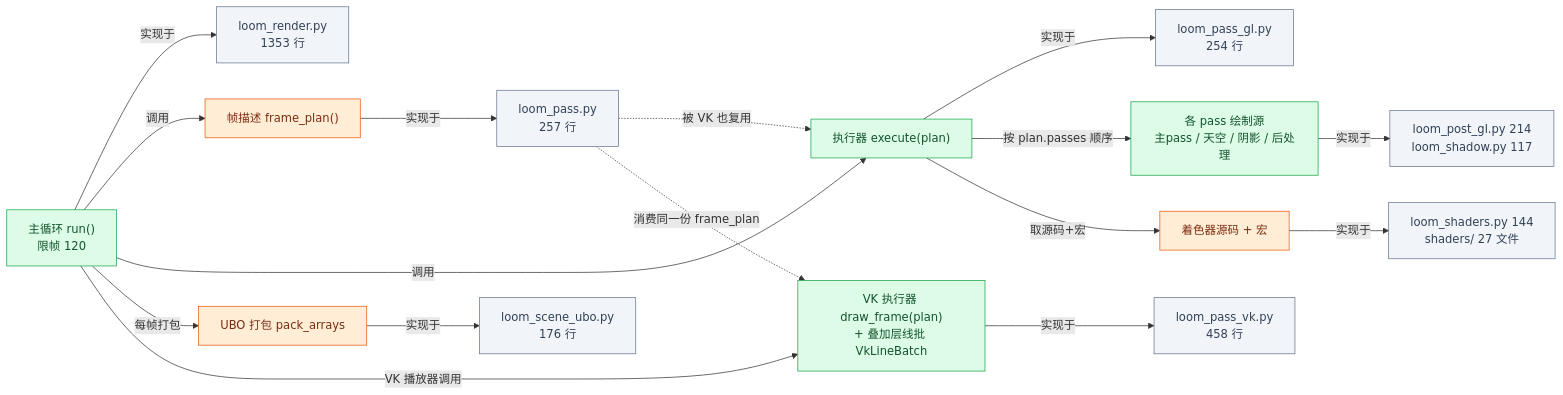
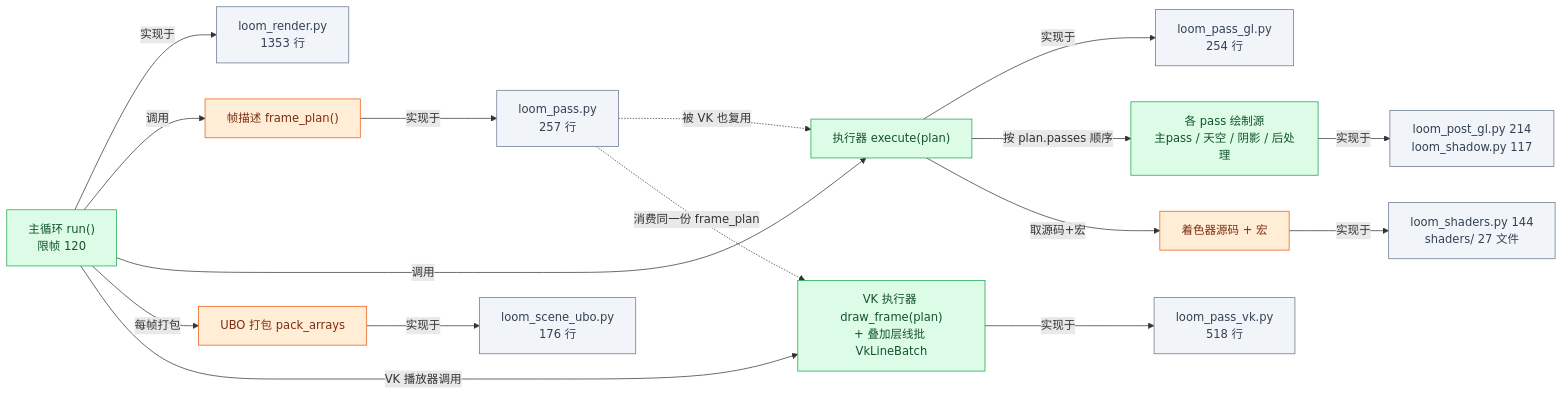
The fourth of 23 diagrams in ARCHITECTURE.md (lhy302/WeaveEngine), drawn with Mermaid before and after one commit. The commit also changed other lines of this file and 9 other files, not shown here.

````diff
--- a/ARCHITECTURE.md
+++ b/ARCHITECTURE.md
@@ -212,35 +212,35 @@
 ```mermaid
 flowchart LR
   R1["主循环 run()<br/>限帧 120"]:::impl
   F1["loom_render.py<br/>1353 行"]:::file
   R2["帧描述 frame_plan()"]:::contract
   F2["loom_pass.py<br/>257 行"]:::file
   R3["执行器 execute(plan)"]:::impl
   F3["loom_pass_gl.py<br/>254 行"]:::file
   R3b["VK 执行器 draw_frame(plan)<br/>+ 叠加层线批 VkLineBatch"]:::impl
-  F3b["loom_pass_vk.py<br/>458 行"]:::file
+  F3b["loom_pass_vk.py<br/>518 行"]:::file
   R4["各 pass 绘制源<br/>主pass / 天空 / 阴影 / 后处理"]:::impl
   F4["loom_post_gl.py 214<br/>loom_shadow.py 117"]:::file
   R5["UBO 打包 pack_arrays"]:::contract
   F5["loom_scene_ubo.py<br/>176 行"]:::file
   R6["着色器源码 + 宏"]:::contract
   F6["loom_shaders.py 144<br/>shaders/ 27 文件"]:::file
   R1 -->|实现于| F1
   R1 -->|调用| R2
   R2 -->|实现于| F2
   R1 -->|调用| R3
   R3 -->|实现于| F3
   R3 -->|按 plan.passes 顺序| R4
   R4 -->|实现于| F4
   R1 -->|每帧打包| R5
   R5 -->|实现于| F5
   R3 -->|取源码+宏| R6
   R6 -->|实现于| F6
   F2 -.->|被 VK 也复用| R3
   R1 -->|VK 播放器调用| R3b
   R3b -->|实现于| F3b
   F2 -.->|消费同一份 frame_plan| R3b
   classDef impl fill:#dcfce7,stroke:#16a34a,color:#14532d
   classDef contract fill:#ffedd5,stroke:#ea580c,color:#7c2d12
   classDef file fill:#f1f5f9,stroke:#64748b,color:#334155
 ```
````
